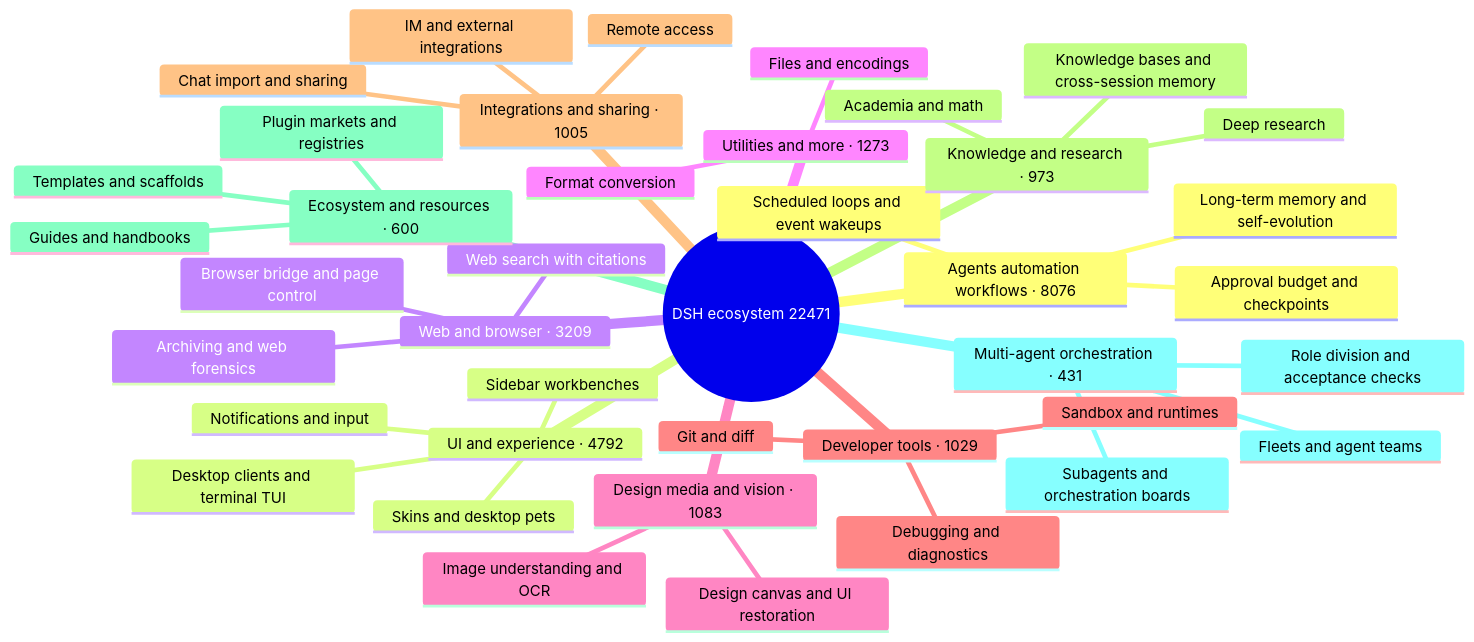
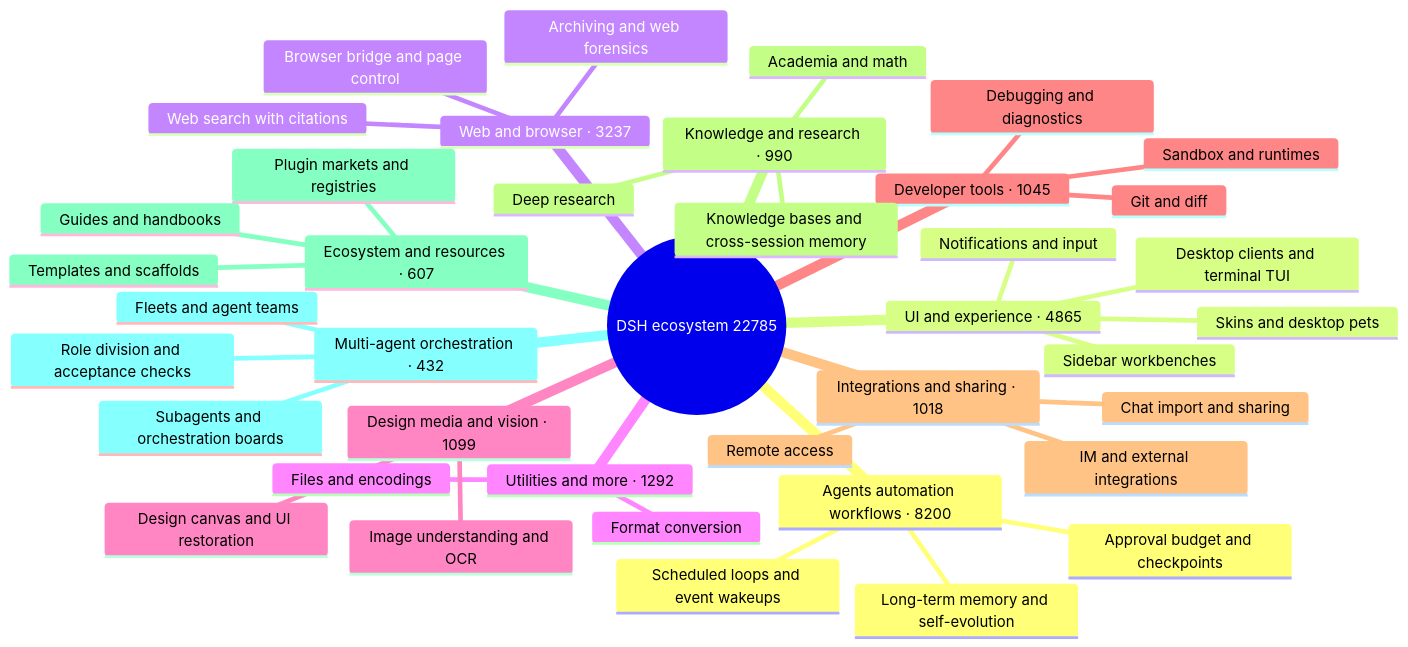
One commit to bruc3van/awesome-dsh-plugin changed the diagram in README_EN.md. Above: the diagram before and after it, drawn with Mermaid. The commit also changed other lines of this file and 25 other files, not shown here.

````diff
--- a/README_EN.md
+++ b/README_EN.md
@@ -40,43 +40,43 @@
 ```mermaid
 mindmap
-  root((DSH ecosystem 22471))
-    Agents automation workflows · 8076
+  root((DSH ecosystem 22785))
+    Agents automation workflows · 8200
       Scheduled loops and event wakeups
       Long-term memory and self-evolution
       Approval budget and checkpoints
-    UI and experience · 4792
+    UI and experience · 4865
       Desktop clients and terminal TUI
       Sidebar workbenches
       Skins and desktop pets
       Notifications and input
-    Web and browser · 3209
+    Web and browser · 3237
       Browser bridge and page control
       Web search with citations
       Archiving and web forensics
-    Utilities and more · 1273
+    Utilities and more · 1292
       Files and encodings
       Format conversion
-    Design media and vision · 1083
+    Design media and vision · 1099
       Image understanding and OCR
       Design canvas and UI restoration
-    Developer tools · 1029
+    Developer tools · 1045
       Git and diff
       Sandbox and runtimes
       Debugging and diagnostics
-    Integrations and sharing · 1005
+    Integrations and sharing · 1018
       Chat import and sharing
       Remote access
       IM and external integrations
-    Knowledge and research · 973
+    Knowledge and research · 990
       Knowledge bases and cross-session memory
       Deep research
       Academia and math
-    Ecosystem and resources · 600
+    Ecosystem and resources · 607
       Plugin markets and registries
       Templates and scaffolds
       Guides and handbooks
-    Multi-agent orchestration · 431
+    Multi-agent orchestration · 432
       Subagents and orchestration boards
       Fleets and agent teams
       Role division and acceptance checks
 ```
````
